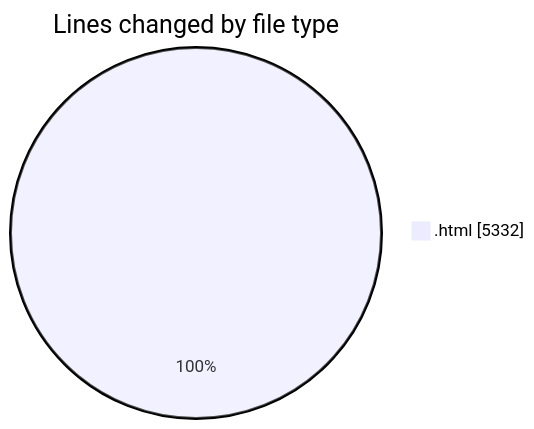
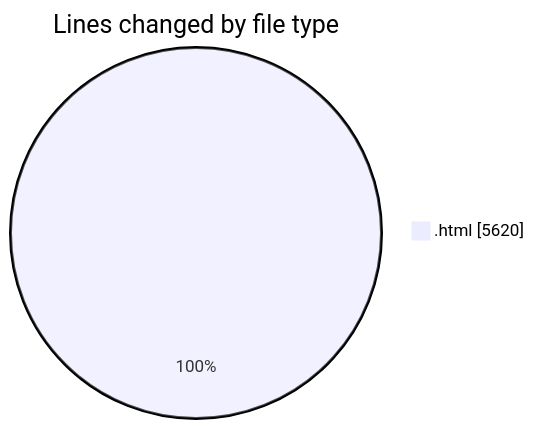
One commit to nxtqubesakshisongat/code-tracking changed the first of 2 diagrams in 2025-08-10/nxtqube_webapp/README.md. Above: the diagram before and after it, drawn with Mermaid. The commit also changed other lines of this file and 1 other file, not shown here.

````diff
--- a/2025-08-10/nxtqube_webapp/README.md
+++ b/2025-08-10/nxtqube_webapp/README.md
@@ -22,5 +22,5 @@
 ```mermaid
 pie showData
 title Lines changed by file type
-".html" : 5332
+".html" : 5620
 ```
````
